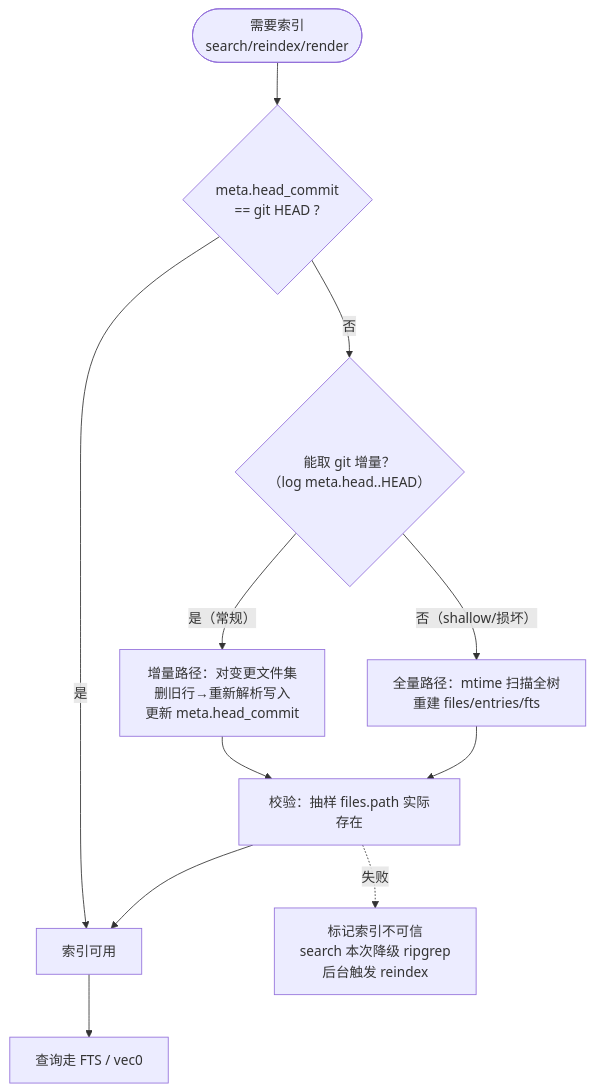
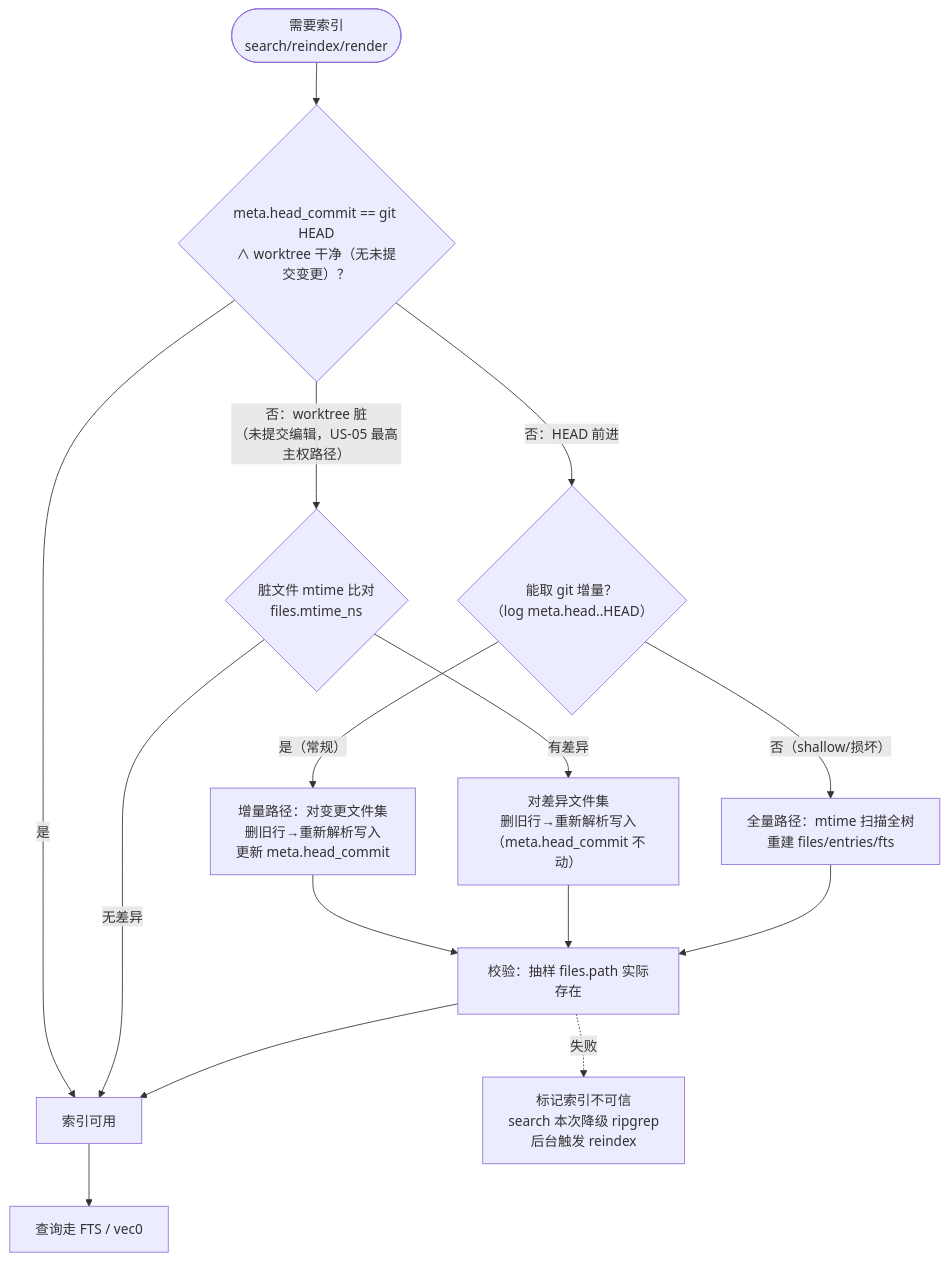
The sixth of 15 diagrams in docs/DESIGN.md (Jo0OCTsai/pokemon-remember-you), drawn with Mermaid before and after one commit. The commit also changed other lines of this file and 5 other files, not shown here.

````diff
--- a/docs/DESIGN.md
+++ b/docs/DESIGN.md
@@ -427,12 +439,15 @@
 ```mermaid
 flowchart TD
-    NEED(["需要索引<br/>search/reindex/render"]) --> FRESH{"meta.head_commit<br/>== git HEAD ?"}
+    NEED(["需要索引<br/>search/reindex/render"]) --> FRESH{"meta.head_commit == git HEAD<br/>∧ worktree 干净（无未提交变更）？"}
     FRESH -->|"是"| HIT["索引可用"]
-    FRESH -->|"否"| DELTA{"能取 git 增量？<br/>（log meta.head..HEAD）"}
+    FRESH -->|"否：HEAD 前进"| DELTA{"能取 git 增量？<br/>（log meta.head..HEAD）"}
+    FRESH -->|"否：worktree 脏<br/>（未提交编辑，US-05 最高主权路径）"| MTIME{"脏文件 mtime 比对<br/>files.mtime_ns"}
+    MTIME -->|"有差异"| RE["对差异文件集<br/>删旧行→重新解析写入<br/>（meta.head_commit 不动）"]
+    MTIME -->|"无差异"| HIT
     DELTA -->|"是（常规）"| INC["增量路径：对变更文件集<br/>删旧行→重新解析写入<br/>更新 meta.head_commit"]
     DELTA -->|"否（shallow/损坏）"| FULL["全量路径：mtime 扫描全树<br/>重建 files/entries/fts"]
-    INC & FULL --> VLD["校验：抽样 files.path 实际存在"]
+    INC & RE & FULL --> VLD["校验：抽样 files.path 实际存在"]
     VLD --> HIT
     HIT --> USE["查询走 FTS / vec0"]
     VLD -.->|"失败"| DEGRADE["标记索引不可信<br/>search 本次降级 ripgrep<br/>后台触发 reindex"]
 ```
````
